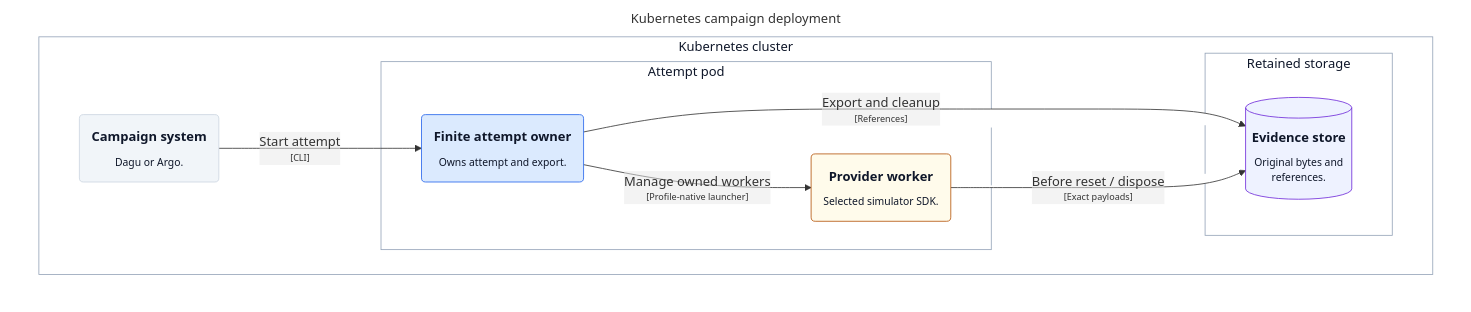
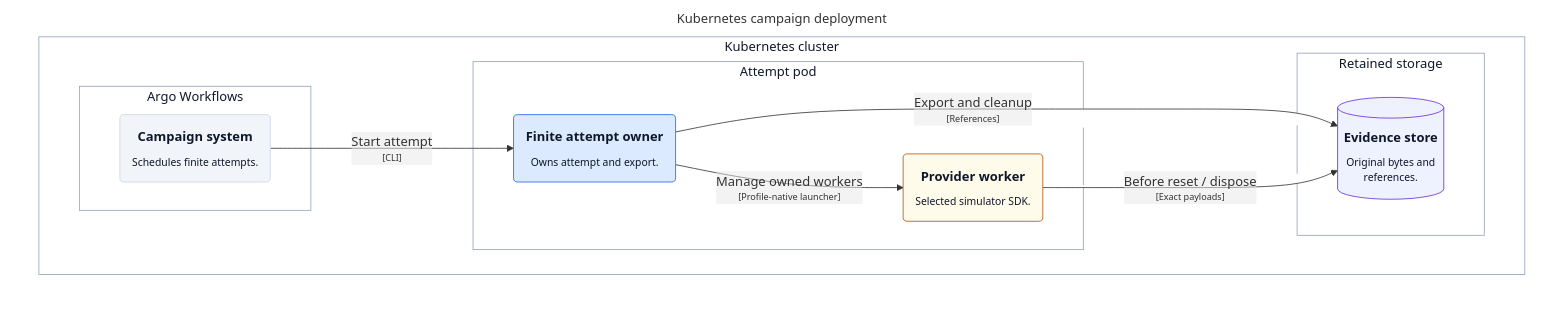
Before and after one commit to mmkolpakov/robotics-runtime: the diagram in docs/architecture/generated/structurizr-DevelopmentDeployment.mmd, drawn with Mermaid. The commit also changed 11 other files, not shown here.

```diff
--- a/docs/architecture/generated/structurizr-DevelopmentDeployment.mmd
+++ b/docs/architecture/generated/structurizr-DevelopmentDeployment.mmd
@@ -1,35 +1,40 @@
 graph TB
   linkStyle default fill:#ffffff
 
   subgraph diagram ["Kubernetes campaign deployment"]
     style diagram fill:#ffffff,stroke:#ffffff
 
     subgraph 74 ["Kubernetes cluster"]
       style 74 fill:#ffffff,stroke:#94a3b8,color:#0f172a
 
-      75("<div style='font-weight: bold'>Campaign system</div><div style='font-size: 80%; margin-top:10px'>Dagu or Argo.</div>")
-      style 75 fill:#f1f5f9,stroke:#cbd5e1,color:#0f172a
-      subgraph 76 ["Attempt pod"]
-        style 76 fill:#ffffff,stroke:#94a3b8,color:#0f172a
+      subgraph 75 ["Argo Workflows"]
+        style 75 fill:#ffffff,stroke:#94a3b8,color:#0f172a
 
-        77("<div style='font-weight: bold'>Finite attempt owner</div><div style='font-size: 80%; margin-top:10px'>Owns attempt and export.</div>")
-        style 77 fill:#dbeafe,stroke:#2563eb,color:#0f172a
-        79("<div style='font-weight: bold'>Provider worker</div><div style='font-size: 80%; margin-top:10px'>Selected simulator SDK.</div>")
-        style 79 fill:#fffbeb,stroke:#b45309,color:#0f172a
+        76("<div style='font-weight: bold'>Campaign system</div><div style='font-size: 80%; margin-top:10px'>Schedules finite attempts.</div>")
+        style 76 fill:#f1f5f9,stroke:#cbd5e1,color:#0f172a
       end
 
-      subgraph 81 ["Retained storage"]
-        style 81 fill:#ffffff,stroke:#94a3b8,color:#0f172a
+      subgraph 77 ["Attempt pod"]
+        style 77 fill:#ffffff,stroke:#94a3b8,color:#0f172a
 
-        82[("<div style='font-weight: bold'>Evidence store</div><div style='font-size: 80%; margin-top:10px'>Original bytes and<br />references.</div>")]
-        style 82 fill:#eef2ff,stroke:#6d28d9,color:#0f172a
+        78("<div style='font-weight: bold'>Finite attempt owner</div><div style='font-size: 80%; margin-top:10px'>Owns attempt and export.</div>")
+        style 78 fill:#dbeafe,stroke:#2563eb,color:#0f172a
+        80("<div style='font-weight: bold'>Provider worker</div><div style='font-size: 80%; margin-top:10px'>Selected simulator SDK.</div>")
+        style 80 fill:#fffbeb,stroke:#b45309,color:#0f172a
+      end
+
+      subgraph 82 ["Retained storage"]
+        style 82 fill:#ffffff,stroke:#94a3b8,color:#0f172a
+
+        83[("<div style='font-weight: bold'>Evidence store</div><div style='font-size: 80%; margin-top:10px'>Original bytes and<br />references.</div>")]
+        style 83 fill:#eef2ff,stroke:#6d28d9,color:#0f172a
       end
 
     end
 
-    75-- "<div>Start attempt</div><div style='font-size: 70%'>[CLI]</div>" -->77
-    77-- "<div>Manage owned workers</div><div style='font-size: 70%'>[Profile-native launcher]</div>" -->79
-    77-- "<div>Export and cleanup</div><div style='font-size: 70%'>[References]</div>" -->82
-    79-- "<div>Before reset / dispose</div><div style='font-size: 70%'>[Exact payloads]</div>" -->82
+    76-- "<div>Start attempt</div><div style='font-size: 70%'>[CLI]</div>" -->78
+    78-- "<div>Manage owned workers</div><div style='font-size: 70%'>[Profile-native launcher]</div>" -->80
+    78-- "<div>Export and cleanup</div><div style='font-size: 70%'>[References]</div>" -->83
+    80-- "<div>Before reset / dispose</div><div style='font-size: 70%'>[Exact payloads]</div>" -->83
 
   end
```
